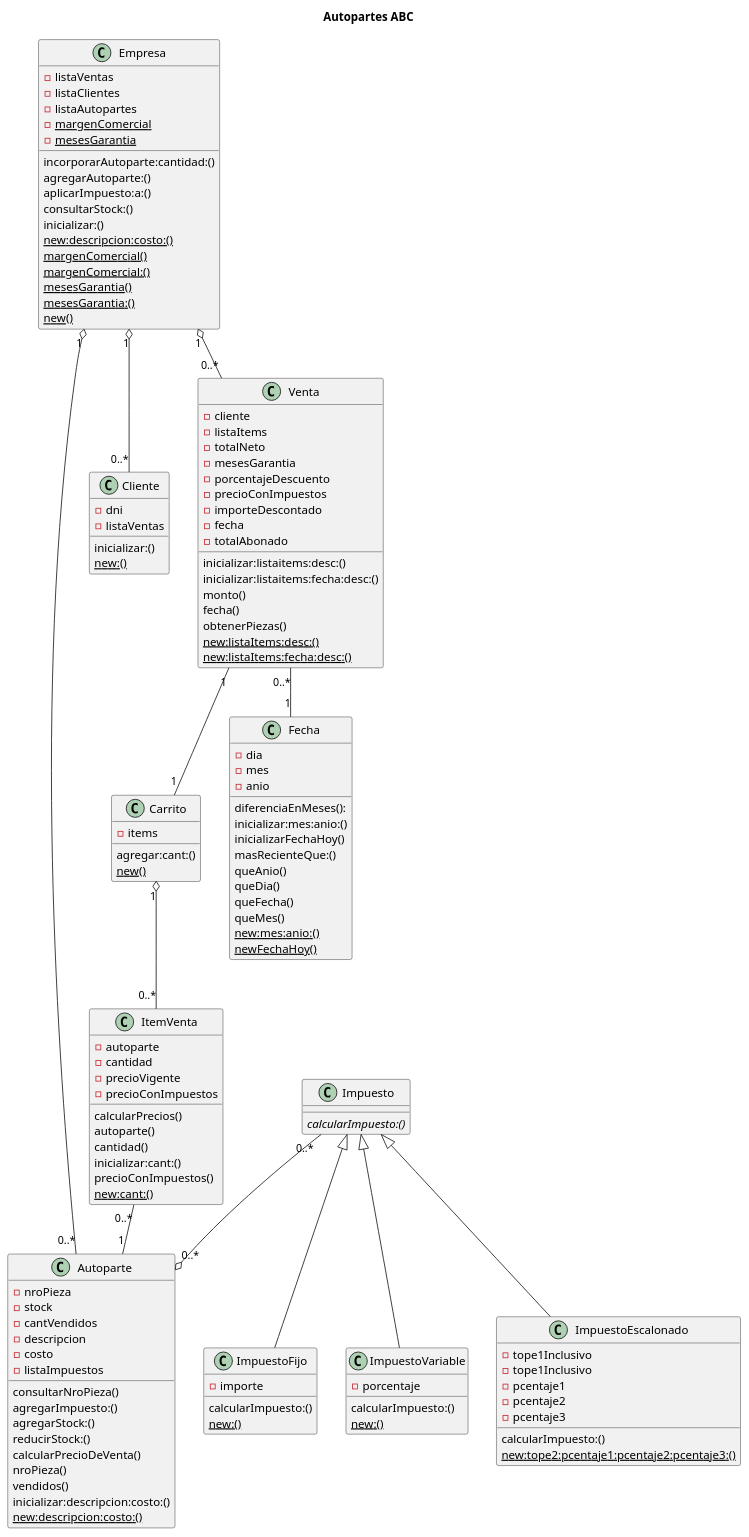
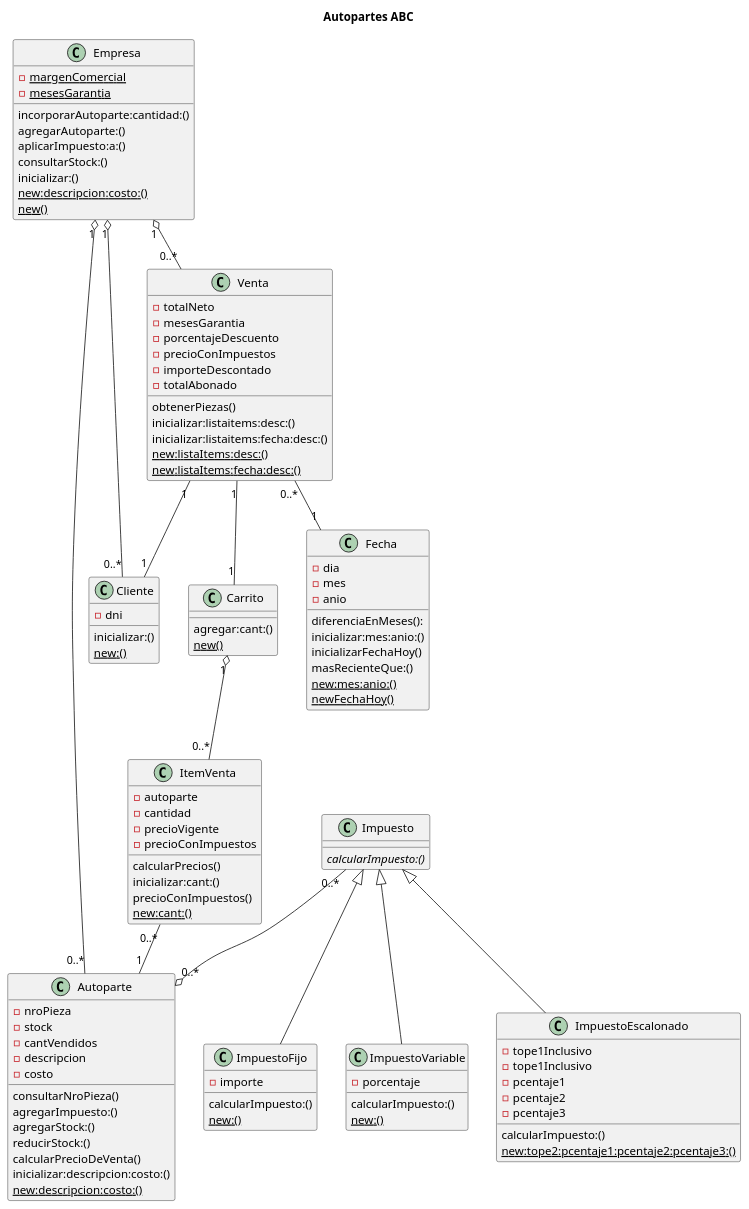
Before and after one commit to fideldalmasso/paradigmas: the diagram in diagrama.puml, drawn with PlantUML. The commit also changed 11 other files, not shown here.

```diff
--- a/diagrama.puml
+++ b/diagrama.puml
@@ -1,151 +1,129 @@
 @startuml
 
 title Autopartes ABC
 ' skinparam linetype ortho
 
 class Empresa {
--listaVentas
--listaClientes
--listaAutopartes
 -{static}margenComercial
 -{static}mesesGarantia
 incorporarAutoparte:cantidad:()
 agregarAutoparte:()
 aplicarImpuesto:a:()
 consultarStock:()
 inicializar:()
 {static}new:descripcion:costo:()
-{static}margenComercial()
-{static}margenComercial:()
-{static}mesesGarantia()
-{static}mesesGarantia:()
 {static}new()
 
 }
 
 class Autoparte {
 -nroPieza
 -stock
 -cantVendidos 
 -descripcion
 -costo
--listaImpuestos
 
 consultarNroPieza()
 agregarImpuesto:()
 agregarStock:()
 reducirStock:()
 calcularPrecioDeVenta()
-nroPieza()
-vendidos()
 inicializar:descripcion:costo:()
 {static}new:descripcion:costo:()
 
 }
 
 class Cliente {
 -dni
--listaVentas
 inicializar:()
 {static}new:()
 }
 
 class Carrito {
--items
 agregar:cant:()
 {static}new()
 }
 
 
 class ItemVenta {
 -autoparte
 -cantidad
 -precioVigente
 -precioConImpuestos
 calcularPrecios()
-autoparte()
-cantidad()
 inicializar:cant:()
 precioConImpuestos()
 {static}new:cant:()
 }
 
 class Venta {
--cliente
--listaItems
 -totalNeto
 -mesesGarantia
 -porcentajeDescuento
 -precioConImpuestos
 -importeDescontado
--fecha
 -totalAbonado
+obtenerPiezas()
 inicializar:listaitems:desc:()
 inicializar:listaitems:fecha:desc:()
-monto()
-fecha()
-obtenerPiezas()
 {static}new:listaItems:desc:()
 {static}new:listaItems:fecha:desc:()
 
 }
 
 class Fecha {
 -dia
 -mes
 -anio
 diferenciaEnMeses():
 inicializar:mes:anio:()
 inicializarFechaHoy()
 masRecienteQue:()
-queAnio()
-queDia()
-queFecha()
-queMes()
 {static}new:mes:anio:()
 {static}newFechaHoy()
 }
 
 class Impuesto{
 {abstract}calcularImpuesto:()
 }
 
 class ImpuestoFijo{
 -importe
 calcularImpuesto:()
 {static}new:()
 }
 
 class ImpuestoVariable{
 -porcentaje
 calcularImpuesto:()
 {static}new:()
 }
 
 class ImpuestoEscalonado{
 -tope1Inclusivo 
 -tope1Inclusivo
 -pcentaje1 
 -pcentaje2
 -pcentaje3
 calcularImpuesto:()
 {static}new:tope2:pcentaje1:pcentaje2:pcentaje3:()
 }
 
 
 
 Empresa "1" o-- "0..*" Autoparte
 Empresa "1" o-- "0..*" Cliente
 Empresa "1" o-- "0..*" Venta
 Venta "1" -- "1" Carrito
+Venta "1" -- "1" Cliente
 Carrito "1" o-- "0..*" ItemVenta
 ItemVenta "0..*" -- "1" Autoparte
 Venta "0..*" -- "1"  Fecha
 Impuesto  <|-- ImpuestoFijo
 Impuesto  <|-- ImpuestoVariable
 Impuesto  <|-- ImpuestoEscalonado
 Impuesto  "0..*" --o "0..*" Autoparte
 
 
 
 @enduml
```
